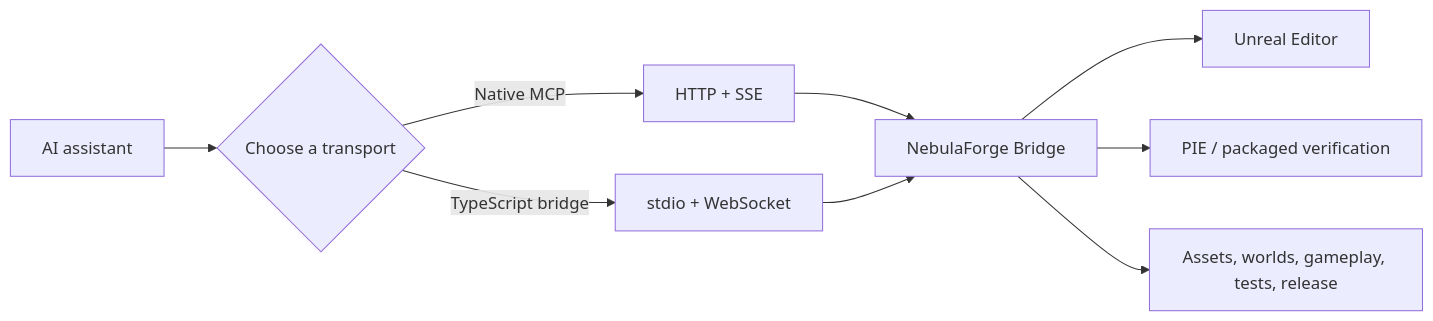
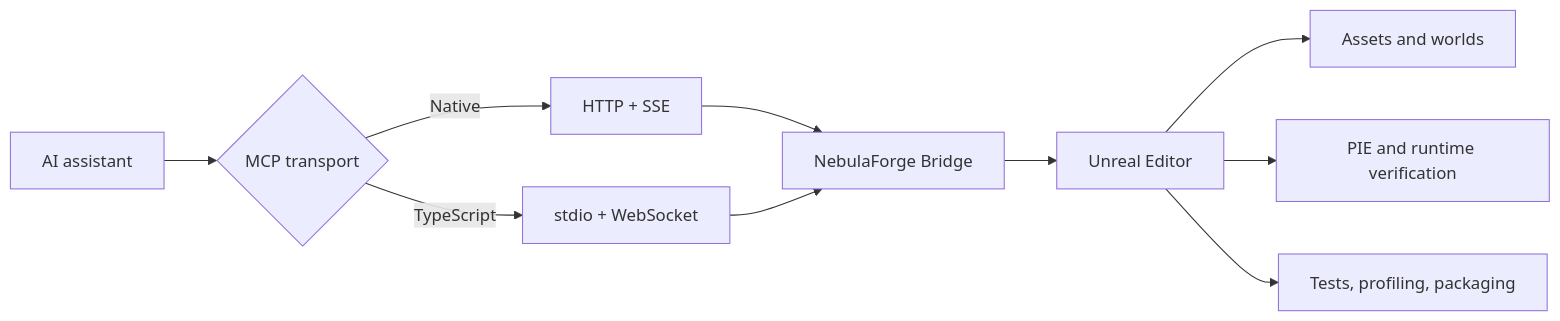
One commit to ADH36/NebulaForge changed the first of 2 diagrams in README.md. Above: the diagram before and after it, drawn with Mermaid. The commit also changed other lines of this file, not shown here.

```diff
--- a/README.md
+++ b/README.md
@@ -83,11 +210,12 @@
 ~~~mermaid
 flowchart LR
-    A[AI assistant] --> B{Choose a transport}
-    B -->|Native MCP| C[HTTP + SSE]
-    B -->|TypeScript bridge| D[stdio + WebSocket]
-    C --> E[NebulaForge Bridge]
-    D --> E
-    E --> F[Unreal Editor]
-    E --> G[PIE / packaged verification]
-    E --> H[Assets, worlds, gameplay, tests, release]
+    User[AI assistant] --> Choice{MCP transport}
+    Choice -->|Native| HTTP[HTTP + SSE]
+    Choice -->|TypeScript| STDIO[stdio + WebSocket]
+    HTTP --> Bridge[NebulaForge Bridge]
+    STDIO --> Bridge
+    Bridge --> Editor[Unreal Editor]
+    Editor --> Author[Assets and worlds]
+    Editor --> Play[PIE and runtime verification]
+    Editor --> Ship[Tests, profiling, packaging]
 ~~~
```
